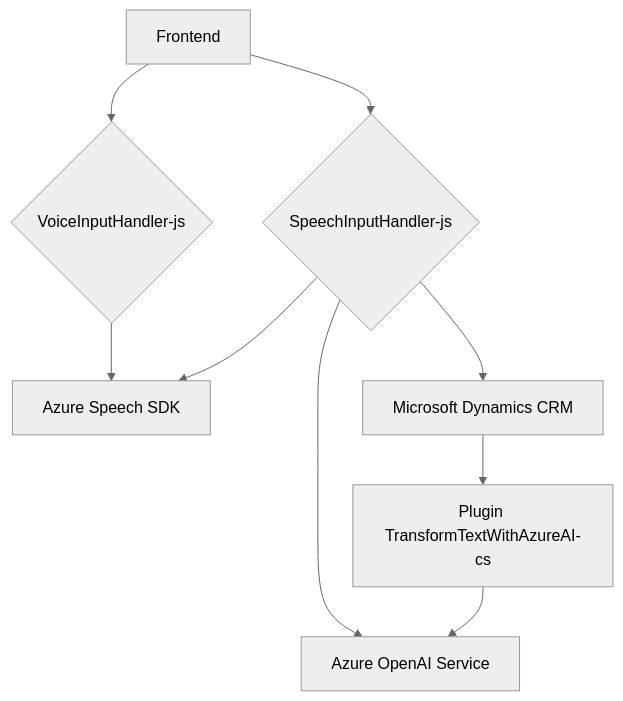
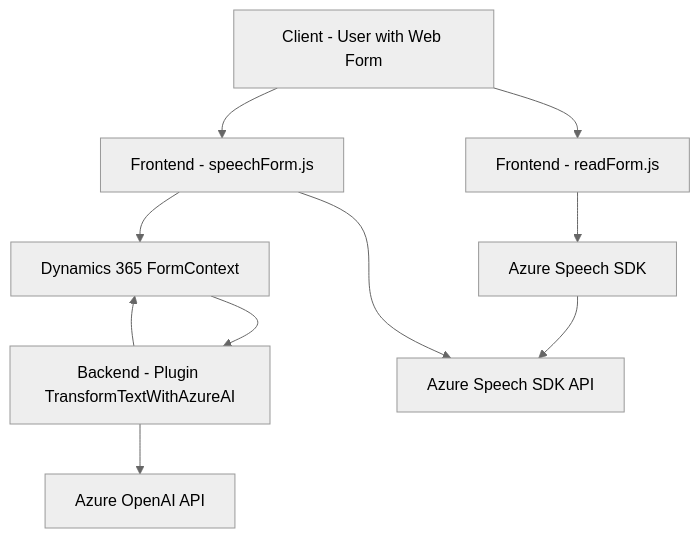
Before and after one commit to blopezdm/NETCORE_BILBAO2025: the diagram in README.md, drawn with Mermaid (neutral theme). The commit also changed other lines of this file, not shown here.

````diff
--- a/README.md
+++ b/README.md
@@ -42,19 +51,21 @@
 ```mermaid
 graph TD
-A["Frontend"]
-B{"VoiceInputHandler-js"}
-C{"SpeechInputHandler-js"}
-D["Azure Speech SDK"]
-E["Plugin TransformTextWithAzureAI-cs"]
-F["Microsoft Dynamics CRM"]
-G["Azure OpenAI Service"]
+    A[Client - User with Web Form]
+    B["Frontend - readForm.js"]
+    C["Frontend - speechForm.js"]
+    D["Azure Speech SDK"]
+    E["Dynamics 365 FormContext"]
+    F["Backend - Plugin TransformTextWithAzureAI"]
+    G["Azure OpenAI API"]
+    H["Azure Speech SDK API"]
 
-A-->B
-A-->C
-B-->D
-C-->D
-C-->F
-C-->G
-F-->E
-E-->G
+    A --> B
+    A --> C
+    B --> D
+    C --> E
+    D --> H
+    C --> H
+    E --> F
+    F --> G
+    F --> E
 ```
````
